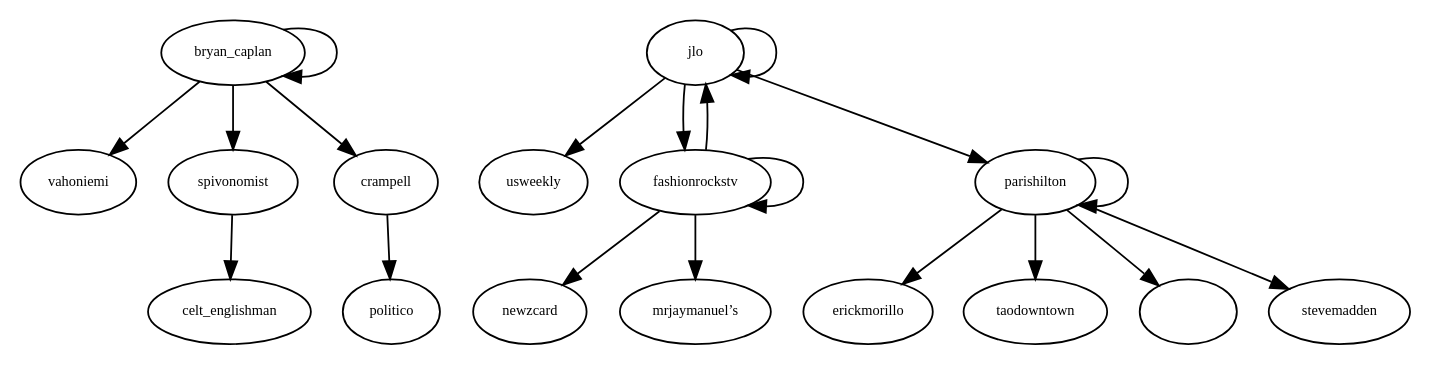
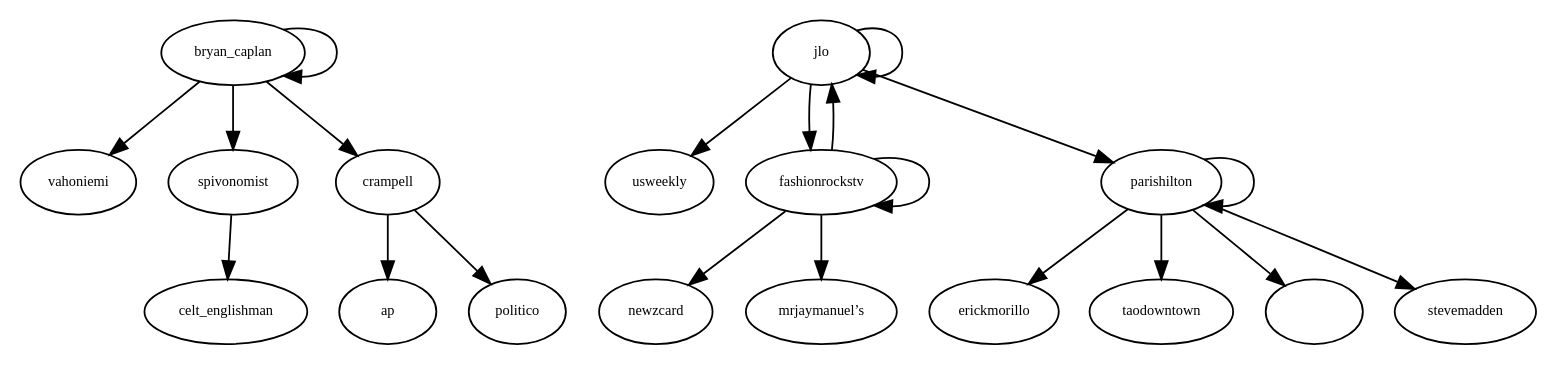
Before and after one commit to bschwyn/Twitter: the diagram in graphfile.dot, drawn with Graphviz. The commit also changed 2 other files, not shown here.

```diff
--- a/graphfile.dot
+++ b/graphfile.dot
@@ -1,157 +1,166 @@
 digraph RGL__DirectedAdjacencyGraph {
     bryan_caplan [
         fontsize = 8,
         label = bryan_caplan
     ]
 
     vahoniemi [
         fontsize = 8,
         label = vahoniemi
     ]
 
     spivonomist [
         fontsize = 8,
         label = spivonomist
     ]
 
     crampell [
         fontsize = 8,
         label = crampell
     ]
 
     celt_englishman [
         fontsize = 8,
         label = celt_englishman
+    ]
+
+    ap [
+        fontsize = 8,
+        label = ap
     ]
 
     politico [
         fontsize = 8,
         label = politico
     ]
 
     jlo [
         fontsize = 8,
         label = jlo
     ]
 
     usweekly [
         fontsize = 8,
         label = usweekly
     ]
 
     fashionrockstv [
         fontsize = 8,
         label = fashionrockstv
     ]
 
     parishilton [
         fontsize = 8,
         label = parishilton
     ]
 
     newzcard [
         fontsize = 8,
         label = newzcard
     ]
 
     "mrjaymanuel’s" [
         fontsize = 8,
         label = "mrjaymanuel’s"
     ]
 
     erickmorillo [
         fontsize = 8,
         label = erickmorillo
     ]
 
     taodowntown [
         fontsize = 8,
         label = taodowntown
     ]
 
     "" [
         fontsize = 8,
         label = ""
     ]
 
     stevemadden [
         fontsize = 8,
         label = stevemadden
     ]
 
     bryan_caplan -> vahoniemi [
         fontsize = 8
     ]
 
     bryan_caplan -> bryan_caplan [
         fontsize = 8
     ]
 
     bryan_caplan -> spivonomist [
         fontsize = 8
     ]
 
     bryan_caplan -> crampell [
         fontsize = 8
     ]
 
     spivonomist -> celt_englishman [
         fontsize = 8
     ]
 
+    crampell -> ap [
+        fontsize = 8
+    ]
+
     crampell -> politico [
         fontsize = 8
     ]
 
     jlo -> usweekly [
         fontsize = 8
     ]
 
     jlo -> fashionrockstv [
         fontsize = 8
     ]
 
     jlo -> parishilton [
         fontsize = 8
     ]
 
     jlo -> jlo [
         fontsize = 8
     ]
 
     fashionrockstv -> newzcard [
         fontsize = 8
     ]
 
     fashionrockstv -> "mrjaymanuel’s" [
         fontsize = 8
     ]
 
     fashionrockstv -> jlo [
         fontsize = 8
     ]
 
     fashionrockstv -> fashionrockstv [
         fontsize = 8
     ]
 
     parishilton -> erickmorillo [
         fontsize = 8
     ]
 
     parishilton -> parishilton [
         fontsize = 8
     ]
 
     parishilton -> taodowntown [
         fontsize = 8
     ]
 
     parishilton -> "" [
         fontsize = 8
     ]
 
     parishilton -> stevemadden [
         fontsize = 8
     ]
 }
```
